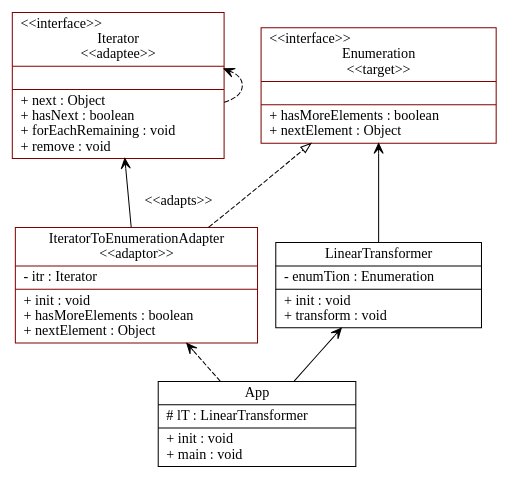
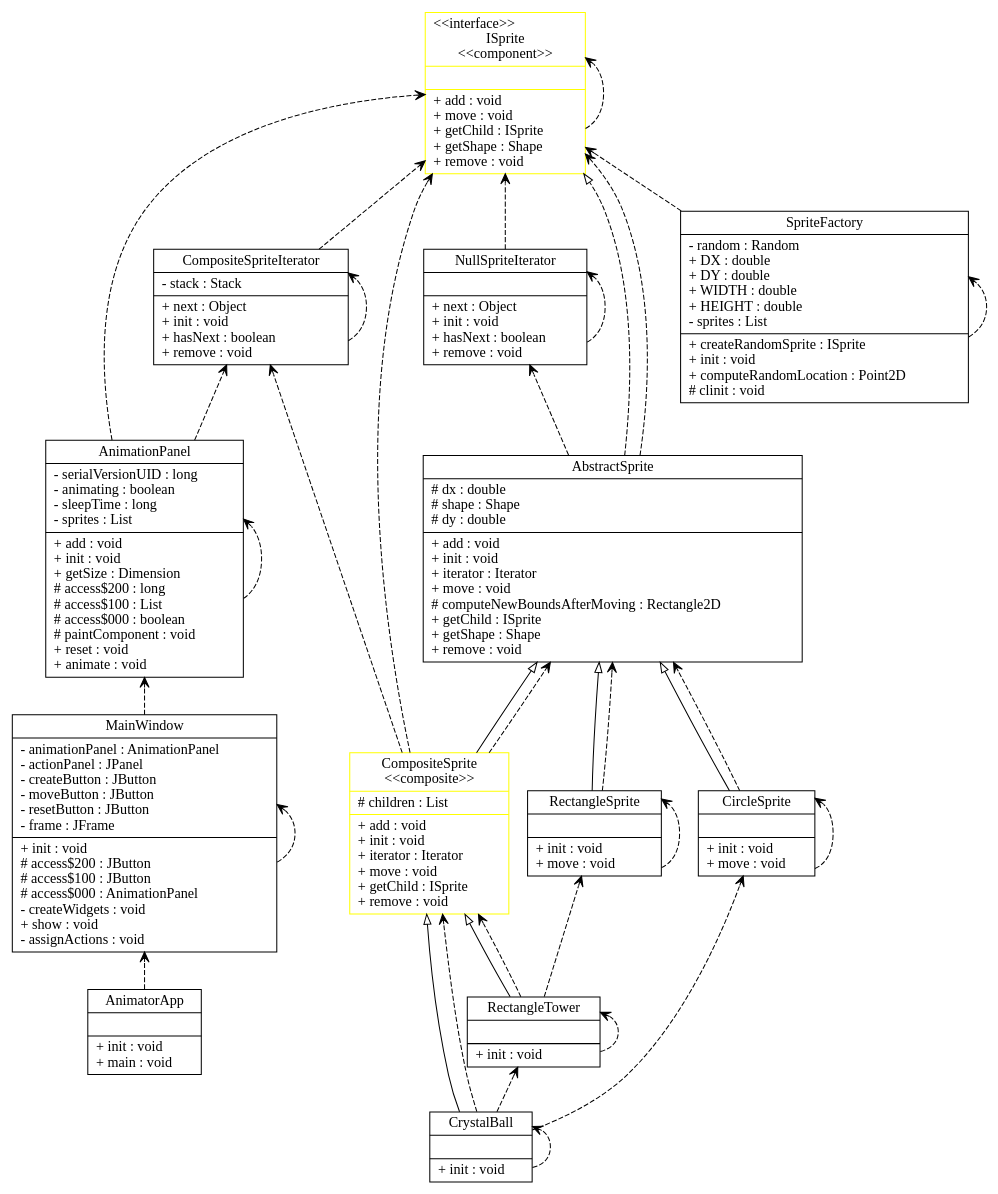
Before and after one commit to cbudo/UMLCreator: the diagram in graph_text/generated_graph.gv, drawn with Graphviz. The commit also changed 9 other files, not shown here.

Commit message:
Some changes on adapter visitor + work on composite visitor. Added Inheritance visitor, which will grab the ineritance chain of a given class.

```diff
--- a/graph_text/generated_graph.gv
+++ b/graph_text/generated_graph.gv
@@ -1,50 +1,179 @@
 digraph UML_Diagram
 {
 rankdir=BT;
 
-IteratorToEnumerationAdapter [
-shape = "record", color="maroon", fillcolor=white, style=filled,
-label = "{IteratorToEnumerationAdapter\n\<\<adaptor\>\>\n|
-- itr : Iterator\l
+RectangleSprite [
+shape = "record", color="black", fillcolor=white, style=filled,
+label = "{RectangleSprite\n|
 |+ init : void\l
-+ hasMoreElements : boolean\l
-+ nextElement : Object\l
++ move : void\l
 }"];
-IteratorToEnumerationAdapter -> Enumeration [arrowhead="onormal", style="dashed"];
+RectangleSprite -> AbstractSprite [arrowhead="onormal", style="solid"];
 
-App [
+CompositeSprite [
+shape = "record", color="yellow", fillcolor=white, style=filled,
+label = "{CompositeSprite\n\<\<composite\>\>\n|
+# children : List\l
+|+ add : void\l
++ init : void\l
++ iterator : Iterator\l
++ move : void\l
++ getChild : ISprite\l
++ remove : void\l
+}"];
+CompositeSprite -> AbstractSprite [arrowhead="onormal", style="solid"];
+
+SpriteFactory [
 shape = "record", color="black", fillcolor=white, style=filled,
-label = "{App\n|
-# lT : LinearTransformer\l
+label = "{SpriteFactory\n|
+- random : Random\l
++ DX : double\l
++ DY : double\l
++ WIDTH : double\l
++ HEIGHT : double\l
+- sprites : List\l
+|+ createRandomSprite : ISprite\l
++ init : void\l
++ computeRandomLocation : Point2D\l
+# clinit : void\l
+}"];
+
+MainWindow [
+shape = "record", color="black", fillcolor=white, style=filled,
+label = "{MainWindow\n|
+- animationPanel : AnimationPanel\l
+- actionPanel : JPanel\l
+- createButton : JButton\l
+- moveButton : JButton\l
+- resetButton : JButton\l
+- frame : JFrame\l
+|+ init : void\l
+# access$200 : JButton\l
+# access$100 : JButton\l
+# access$000 : AnimationPanel\l
+- createWidgets : void\l
++ show : void\l
+- assignActions : void\l
+}"];
+
+NullSpriteIterator [
+shape = "record", color="black", fillcolor=white, style=filled,
+label = "{NullSpriteIterator\n|
+|+ next : Object\l
++ init : void\l
++ hasNext : boolean\l
++ remove : void\l
+}"];
+
+CompositeSpriteIterator [
+shape = "record", color="black", fillcolor=white, style=filled,
+label = "{CompositeSpriteIterator\n|
+- stack : Stack\l
+|+ next : Object\l
++ init : void\l
++ hasNext : boolean\l
++ remove : void\l
+}"];
+
+CrystalBall [
+shape = "record", color="black", fillcolor=white, style=filled,
+label = "{CrystalBall\n|
+|+ init : void\l
+}"];
+CrystalBall -> CompositeSprite [arrowhead="onormal", style="solid"];
+
+AnimationPanel [
+shape = "record", color="black", fillcolor=white, style=filled,
+label = "{AnimationPanel\n|
+- serialVersionUID : long\l
+- animating : boolean\l
+- sleepTime : long\l
+- sprites : List\l
+|+ add : void\l
++ init : void\l
++ getSize : Dimension\l
+# access$200 : long\l
+# access$100 : List\l
+# access$000 : boolean\l
+# paintComponent : void\l
++ reset : void\l
++ animate : void\l
+}"];
+
+CircleSprite [
+shape = "record", color="black", fillcolor=white, style=filled,
+label = "{CircleSprite\n|
+|+ init : void\l
++ move : void\l
+}"];
+CircleSprite -> AbstractSprite [arrowhead="onormal", style="solid"];
+
+RectangleTower [
+shape = "record", color="black", fillcolor=white, style=filled,
+label = "{RectangleTower\n|
+|+ init : void\l
+}"];
+RectangleTower -> CompositeSprite [arrowhead="onormal", style="solid"];
+
+AnimatorApp [
+shape = "record", color="black", fillcolor=white, style=filled,
+label = "{AnimatorApp\n|
 |+ init : void\l
 + main : void\l
 }"];
 
-LinearTransformer [
-shape = "record", color="black", fillcolor=white, style=filled,
-label = "{LinearTransformer\n|
-- enumTion : Enumeration\l
-|+ init : void\l
-+ transform : void\l
-}"];
-
-Iterator [
-shape = "record", color="maroon", fillcolor=white, style=filled,
-label = "{\<\<interface\>\>\lIterator\n\<\<adaptee\>\>\n||+ next : Object\l
-+ hasNext : boolean\l
-+ forEachRemaining : void\l
+ISprite [
+shape = "record", color="yellow", fillcolor=white, style=filled,
+label = "{\<\<interface\>\>\lISprite\n\<\<component\>\>\n||+ add : void\l
++ move : void\l
++ getChild : ISprite\l
++ getShape : Shape\l
 + remove : void\l
 }"];
 
-Enumeration [
-shape = "record", color="maroon", fillcolor=white, style=filled,
-label = "{\<\<interface\>\>\lEnumeration\n\<\<target\>\>\n||+ hasMoreElements : boolean\l
-+ nextElement : Object\l
+AbstractSprite [
+shape = "record", color="black ", fillcolor=white, style=filled,
+label = "{AbstractSprite\n|# dx : double\l
+# shape : Shape\l
+# dy : double\l
+|+ add : void\l
++ init : void\l
++ iterator : Iterator\l
++ move : void\l
+# computeNewBoundsAfterMoving : Rectangle2D\l
++ getChild : ISprite\l
++ getShape : Shape\l
++ remove : void\l
 }"];
-App -> IteratorToEnumerationAdapter [label = "", arrowhead="vee", style="dashed"];
-Iterator -> Iterator [label = "", arrowhead="vee", style="dashed"];
-App -> LinearTransformer [label = "",arrowhead="vee", style="solid"];
-LinearTransformer -> Enumeration [label = "",arrowhead="vee", style="solid"];
-IteratorToEnumerationAdapter -> Iterator [label = "\n\<\<adapts\>\>",arrowhead="vee", style="solid"];
+AbstractSprite -> ISprite [arrowhead="onormal", style="dashed"];
+AnimatorApp -> MainWindow [label = "", arrowhead="vee", style="dashed"];
+AnimationPanel -> ISprite [label = "", arrowhead="vee", style="dashed"];
+AnimationPanel -> AnimationPanel [label = "", arrowhead="vee", style="dashed"];
+AnimationPanel -> CompositeSpriteIterator [label = "", arrowhead="vee", style="dashed"];
+MainWindow -> MainWindow [label = "", arrowhead="vee", style="dashed"];
+MainWindow -> AnimationPanel [label = "", arrowhead="vee", style="dashed"];
+AbstractSprite -> ISprite [label = "", arrowhead="vee", style="dashed"];
+AbstractSprite -> NullSpriteIterator [label = "", arrowhead="vee", style="dashed"];
+CircleSprite -> AbstractSprite [label = "", arrowhead="vee", style="dashed"];
+CircleSprite -> CircleSprite [label = "", arrowhead="vee", style="dashed"];
+CompositeSprite -> AbstractSprite [label = "", arrowhead="vee", style="dashed"];
+CompositeSprite -> CompositeSpriteIterator [label = "", arrowhead="vee", style="dashed"];
+CompositeSprite -> ISprite [label = "", arrowhead="vee", style="dashed"];
+CompositeSpriteIterator -> CompositeSpriteIterator [label = "", arrowhead="vee", style="dashed"];
+CompositeSpriteIterator -> ISprite [label = "", arrowhead="vee", style="dashed"];
+CrystalBall -> CompositeSprite [label = "", arrowhead="vee", style="dashed"];
+CrystalBall -> RectangleTower [label = "", arrowhead="vee", style="dashed"];
+CrystalBall -> CrystalBall [label = "", arrowhead="vee", style="dashed"];
+CrystalBall -> CircleSprite [label = "", arrowhead="vee", style="dashed"];
+ISprite -> ISprite [label = "", arrowhead="vee", style="dashed"];
+NullSpriteIterator -> ISprite [label = "", arrowhead="vee", style="dashed"];
+NullSpriteIterator -> NullSpriteIterator [label = "", arrowhead="vee", style="dashed"];
+RectangleSprite -> AbstractSprite [label = "", arrowhead="vee", style="dashed"];
+RectangleSprite -> RectangleSprite [label = "", arrowhead="vee", style="dashed"];
+RectangleTower -> CompositeSprite [label = "", arrowhead="vee", style="dashed"];
+RectangleTower -> RectangleSprite [label = "", arrowhead="vee", style="dashed"];
+RectangleTower -> RectangleTower [label = "", arrowhead="vee", style="dashed"];
+SpriteFactory -> ISprite [label = "", arrowhead="vee", style="dashed"];
+SpriteFactory -> SpriteFactory [label = "", arrowhead="vee", style="dashed"];
 
 }
```
